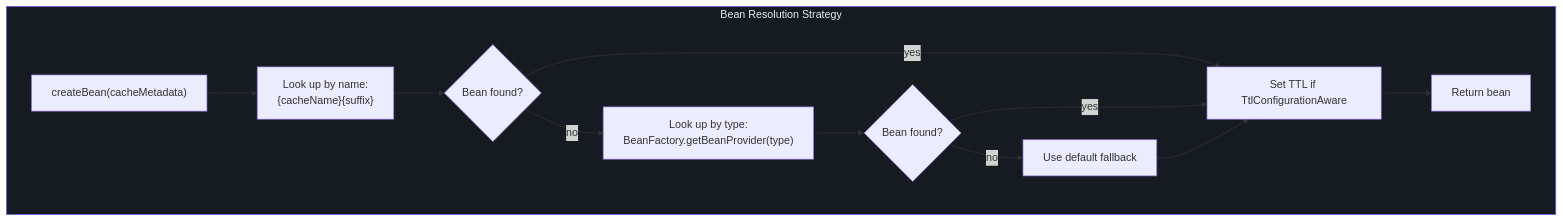
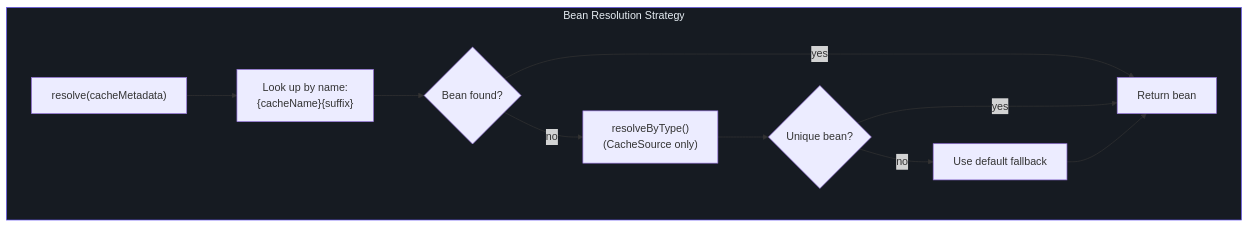
One commit to Ahoo-Wang/CoCache changed the second of 4 diagrams in wiki/api/spring-integration.md. Above: the diagram before and after it, drawn with Mermaid. The commit also changed other lines of this file and 256 other files, not shown here.

````diff
--- a/wiki/api/spring-integration.md
+++ b/wiki/api/spring-integration.md
@@ -110,24 +109,22 @@
 ```mermaid
 flowchart TB
     subgraph Strategy["Bean Resolution Strategy"]
         style Strategy fill:#161b22,stroke:#6d5dfc,color:#e6edf3
-        Start["createBean(cacheMetadata)"]
+        Start["resolve(cacheMetadata)"]
         NameLookup["Look up by name:<br>{cacheName}{suffix}"]
         NameFound{"Bean found?"}
-        TypeLookup["Look up by type:<br>BeanFactory.getBeanProvider(type)"]
-        TypeFound{"Bean found?"}
+        TypeLookup["resolveByType()<br>(CacheSource only)"]
+        TypeFound{"Unique bean?"}
         Fallback["Use default fallback"]
-        TTL["Set TTL if TtlConfigurationAware"]
         Return["Return bean"]
 
         Start --> NameLookup
         NameLookup --> NameFound
-        NameFound -- "yes" --> TTL
+        NameFound -- "yes" --> Return
         NameFound -- "no" --> TypeLookup
         TypeLookup --> TypeFound
-        TypeFound -- "yes" --> TTL
+        TypeFound -- "yes" --> Return
         TypeFound -- "no" --> Fallback
-        Fallback --> TTL
-        TTL --> Return
+        Fallback --> Return
     end
 ```
````
